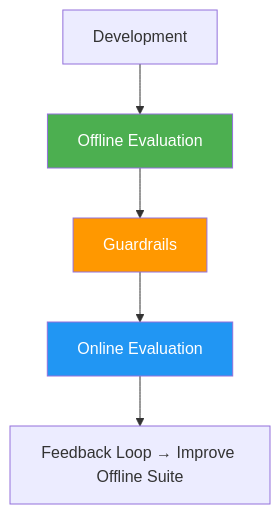
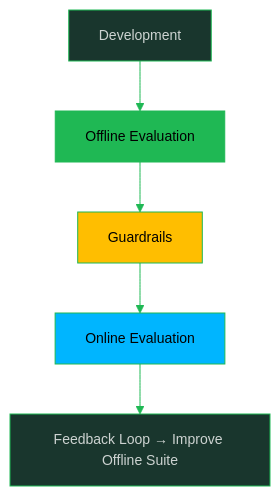
The first of 3 diagrams in computing-foundation-note/Artificial_Intelligence/13_LLM_Evaluation_and_Guardrails.md (oat431/swe-knowledge), drawn with Mermaid before and after one commit. The commit also changed other lines of this file and 139 other files, not shown here.

````diff
--- a/computing-foundation-note/Artificial_Intelligence/13_LLM_Evaluation_and_Guardrails.md
+++ b/computing-foundation-note/Artificial_Intelligence/13_LLM_Evaluation_and_Guardrails.md
@@ -22,11 +22,12 @@
 ```mermaid
+%%{init: {'theme':'base','themeVariables':{'primaryColor':'#19362D','primaryTextColor':'#CDD3D1','primaryBorderColor':'#1FB854','lineColor':'#1FB854','secondaryColor':'#161212','tertiaryColor':'#1B1717','background':'#1B1717','mainBkg':'#19362D','nodeBorder':'#1FB854','clusterBkg':'#161212','clusterBorder':'#19362D','titleColor':'#1FB854','edgeLabelBackground':'#161212','fontSize':'14px'}}}%%
 flowchart TD
     DEV["Development"] --> OFFLINE["Offline Evaluation"]
     OFFLINE --> GUARD["Guardrails"]
     GUARD --> ONLINE["Online Evaluation"]
     ONLINE --> FEEDBACK["Feedback Loop → Improve Offline Suite"]
     
-    style OFFLINE fill:#4CAF50,color:#fff
-    style GUARD fill:#FF9800,color:#fff
-    style ONLINE fill:#2196F3,color:#fff
+    style OFFLINE fill:#1FB854,color:#000000
+    style GUARD fill:#FFBE00,color:#000000
+    style ONLINE fill:#00B5FF,color:#000000
 ```
````
